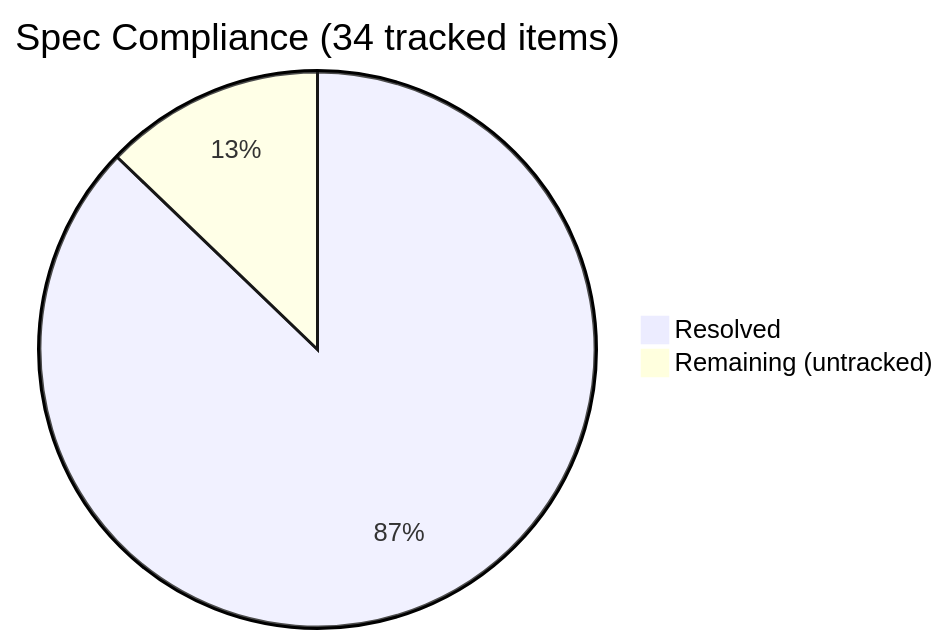
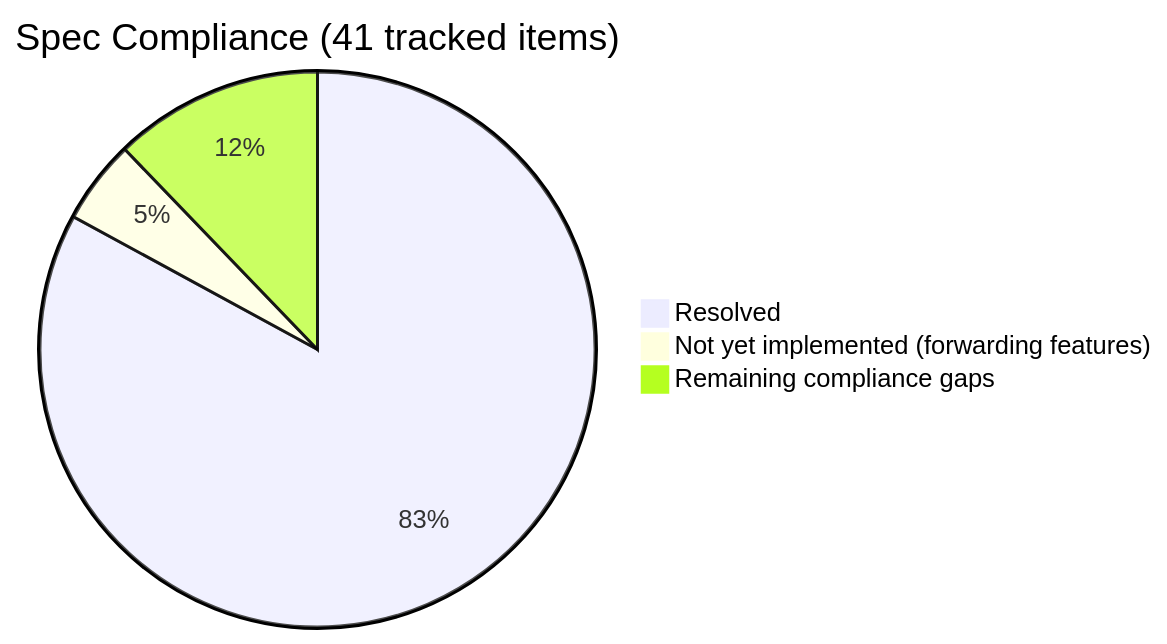
One commit to Quarmire/ndn-rs changed the diagram in docs/wiki/src/reference/spec-compliance.md. Above: the diagram before and after it, drawn with Mermaid. The commit also changed other lines of this file and 1 other file, not shown here.

````diff
--- a/docs/wiki/src/reference/spec-compliance.md
+++ b/docs/wiki/src/reference/spec-compliance.md
@@ -98,6 +109,7 @@
 ```mermaid
 %%{init: {'theme': 'default'}}%%
-pie title Spec Compliance (34 tracked items)
+pie title Spec Compliance (41 tracked items)
     "Resolved" : 34
-    "Remaining (untracked)" : 5
+    "Not yet implemented (forwarding features)" : 2
+    "Remaining compliance gaps" : 5
 ```
````
